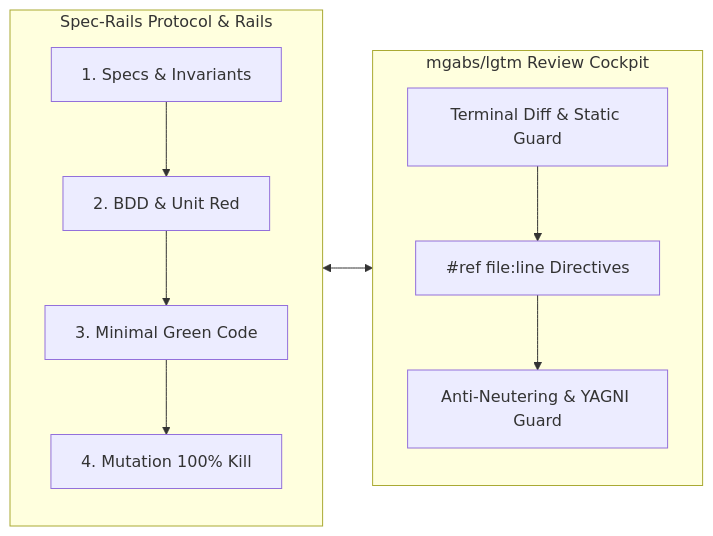
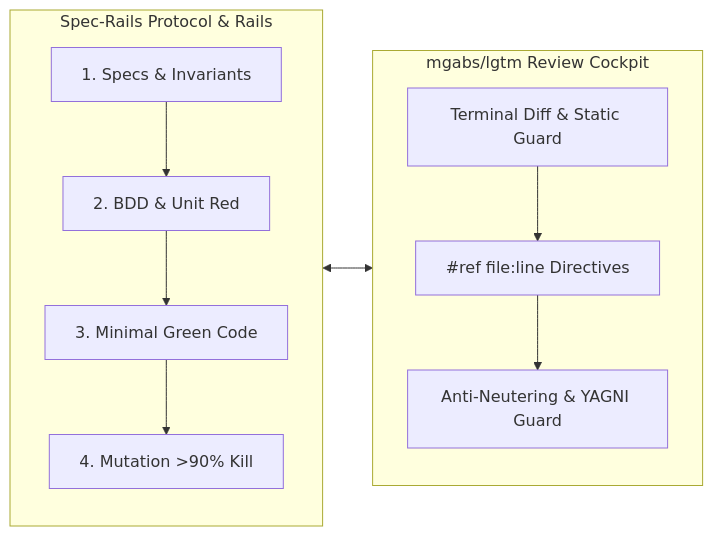
The diagram in README.md (mgabs/spec-rails), drawn with Mermaid before and after one commit. The commit also changed other lines of this file and 32 other files, not shown here.

````diff
--- a/README.md
+++ b/README.md
@@ -13,15 +13,15 @@
 ```mermaid
 flowchart LR
     subgraph SPEC_RAILS_Protocol [Spec-Rails Protocol & Rails]
         Specs[1. Specs & Invariants] --> RedTest[2. BDD & Unit Red]
         RedTest --> Green[3. Minimal Green Code]
-        Green --> Mutation[4. Mutation 100% Kill]
+        Green --> Mutation["4. Mutation >90% Kill"]
     end
 
     subgraph LGTM_Harness [mgabs/lgtm Review Cockpit]
         TUI[Terminal Diff & Static Guard] --> Directives["#ref file:line Directives"]
         Directives --> AntiFraud[Anti-Neutering & YAGNI Guard]
     end
 
     SPEC_RAILS_Protocol <--> LGTM_Harness
 ```
````
